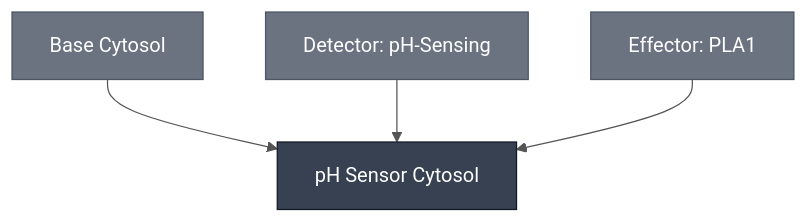
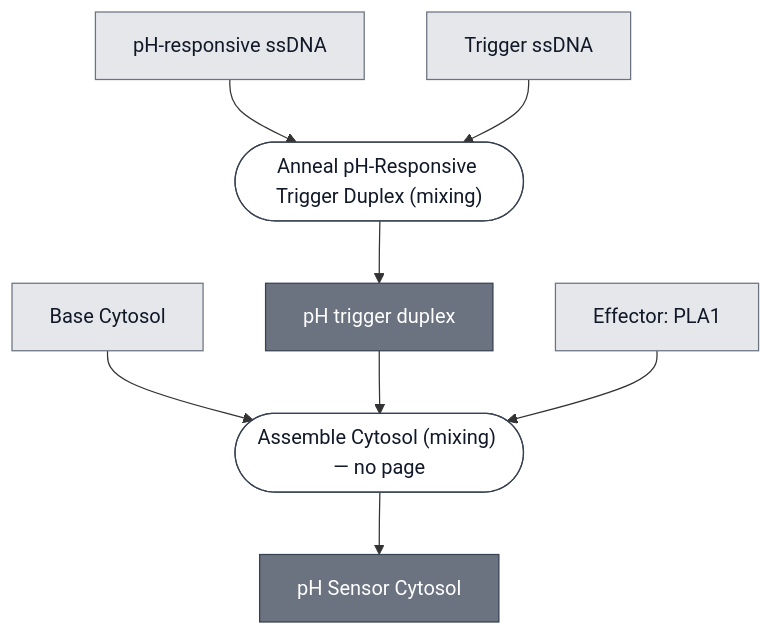
Before and after one commit to nucleus-eng/nucleus-docs: the diagram in docs/modules/ph-sensor-cytosol/spec.md, drawn with Mermaid. The commit also changed 11 other files, not shown here.

````diff
--- a/docs/modules/ph-sensor-cytosol/spec.md
+++ b/docs/modules/ph-sensor-cytosol/spec.md
@@ -27,22 +27,35 @@
 ```mermaid
-%%{init: {'theme': 'base', 'themeVariables': {'lineColor': '#555555', 'edgeLabelBackground': '#ffffff'}}}%%
 flowchart TD
     BASE_CYTOSOL["Base Cytosol"]
-    DETECTOR_PH["Detector: pH-Sensing"]
+    PH_RESPONSIVE_SSDNA["pH-responsive ssDNA"]
+    TRIGGER_SSDNA["Trigger ssDNA"]
     EFFECTOR_PLA1["Effector: PLA1"]
+
+    P1_ANNEAL_TRIGGER_DUPLEX_0(["Anneal pH-Responsive Trigger Duplex (mixing)"])
+    PH_TRIGGER_DUPLEX["pH trigger duplex"]
+    P2_ASSEMBLE_CYTOSOL_0(["Assemble Cytosol (mixing) — no page"])
     PH_SENSOR_CYTOSOL["pH Sensor Cytosol"]
 
-    BASE_CYTOSOL --> PH_SENSOR_CYTOSOL
-    DETECTOR_PH --> PH_SENSOR_CYTOSOL
-    EFFECTOR_PLA1 --> PH_SENSOR_CYTOSOL
+    PH_RESPONSIVE_SSDNA --> P1_ANNEAL_TRIGGER_DUPLEX_0
+    TRIGGER_SSDNA --> P1_ANNEAL_TRIGGER_DUPLEX_0
+    P1_ANNEAL_TRIGGER_DUPLEX_0 --> PH_TRIGGER_DUPLEX
 
-    classDef constituent fill:#6B7280,color:#ffffff,stroke:#4B5563;
-    classDef this fill:#374151,color:#ffffff,stroke:#111827;
-    class BASE_CYTOSOL,DETECTOR_PH,EFFECTOR_PLA1 constituent;
-    class PH_SENSOR_CYTOSOL this;
+    BASE_CYTOSOL --> P2_ASSEMBLE_CYTOSOL_0
+    PH_TRIGGER_DUPLEX --> P2_ASSEMBLE_CYTOSOL_0
+    EFFECTOR_PLA1 --> P2_ASSEMBLE_CYTOSOL_0
+    P2_ASSEMBLE_CYTOSOL_0 --> PH_SENSOR_CYTOSOL
+
+
+    classDef leaf     fill:#e5e7eb,stroke:#6b7280,color:#111827;
+    classDef composed fill:#6b7280,stroke:#374151,color:#ffffff;
+    classDef process  fill:#ffffff,stroke:#374151,color:#111827;
+    class BASE_CYTOSOL,PH_RESPONSIVE_SSDNA,TRIGGER_SSDNA,EFFECTOR_PLA1 leaf;
+    class PH_TRIGGER_DUPLEX,PH_SENSOR_CYTOSOL composed;
+    class P1_ANNEAL_TRIGGER_DUPLEX_0,P2_ASSEMBLE_CYTOSOL_0 process;
 
     click BASE_CYTOSOL "/docs/modules/base-cytosol/spec"
-    click DETECTOR_PH "/docs/modules/detector-ph/spec"
     click EFFECTOR_PLA1 "/docs/modules/effector-pla1/spec"
+    click P1_ANNEAL_TRIGGER_DUPLEX_0 "/docs/processes/anneal-ph-trigger-duplex/main"
+    click PH_TRIGGER_DUPLEX "/docs/modules/detector-ph/spec"
     click PH_SENSOR_CYTOSOL "/docs/modules/ph-sensor-cytosol/spec"
 ```
````
